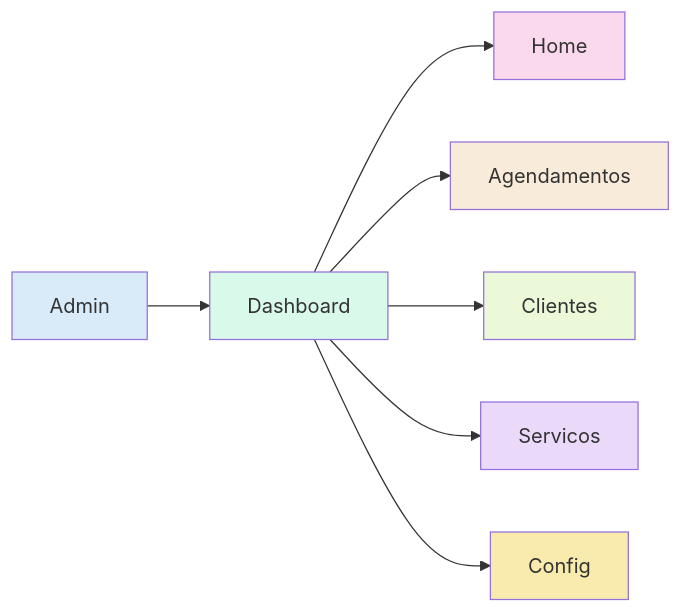
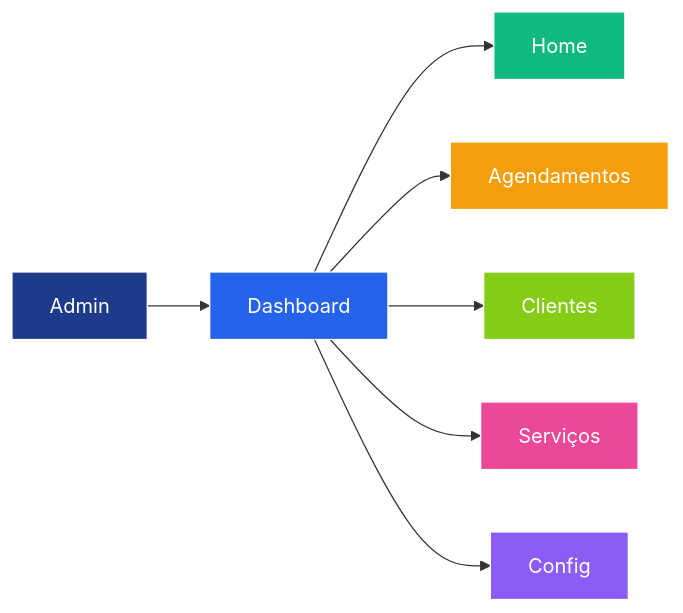
Before and after one commit to cold-tech/documentacao: the third of 3 diagrams in documentacaoTecnica/SISTEMA_ROTAS.md, drawn with Mermaid.

````diff
--- a/documentacaoTecnica/SISTEMA_ROTAS.md
+++ b/documentacaoTecnica/SISTEMA_ROTAS.md
@@ -162,17 +162,18 @@
 ```mermaid
 graph LR
     A[Admin] --> B[Dashboard]
     B --> C[Home]
     B --> D[Agendamentos]
     B --> E[Clientes]
-    B --> F[Servicos]
+    B --> F[Serviços]
     B --> G[Config]
     
-    style A fill:#d9ebf9
-    style B fill:#d9f9eb
-    style C fill:#f9d9eb
-    style D fill:#f9ebd9
-    style E fill:#ebf9d9
-    style F fill:#ebd9f9
-    style G fill:#f9ebad
+    style A fill:#1e3a8a,stroke:#fff,stroke-width:1px,color:#fff
+    style B fill:#2563eb,stroke:#fff,stroke-width:1px,color:#fff
+    style C fill:#10b981,stroke:#fff,stroke-width:1px,color:#fff
+    style D fill:#f59e0b,stroke:#fff,stroke-width:1px,color:#fff
+    style E fill:#84cc16,stroke:#fff,stroke-width:1px,color:#fff
+    style F fill:#ec4899,stroke:#fff,stroke-width:1px,color:#fff
+    style G fill:#8b5cf6,stroke:#fff,stroke-width:1px,color:#fff
+
 ```
````
